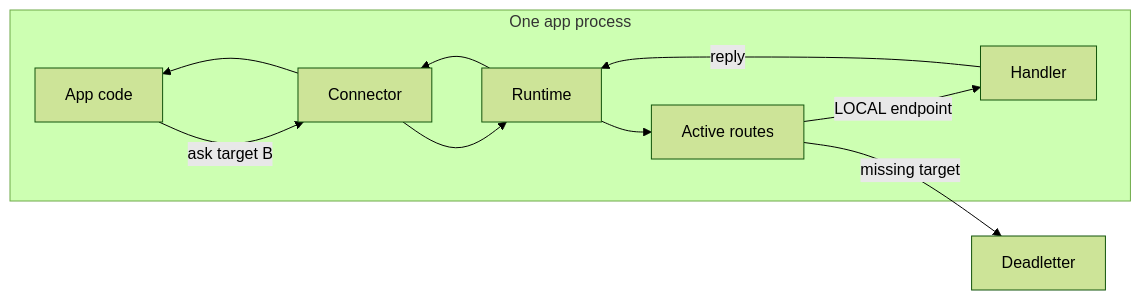
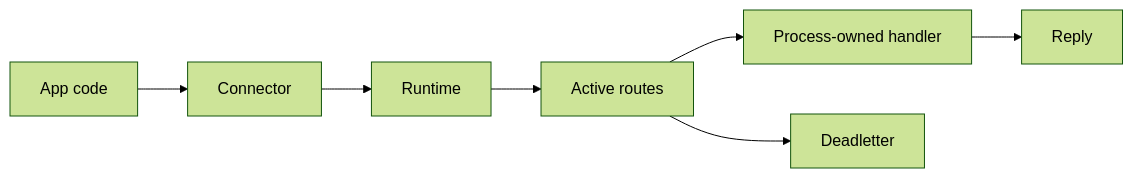
The fourth of 5 diagrams in README.md (phuong-tran/coakka-samples), drawn with Mermaid (forest theme) before and after one commit. The commit also changed other lines of this file, not shown here.

Commit message:
docs: simplify mermaid diagrams for github

````diff
--- a/README.md
+++ b/README.md
@@ -441,21 +441,17 @@
 ```mermaid
 flowchart LR
-    subgraph appHost["One app process"]
-        appA["App code"]
-        connectorA["Connector"]
-        runtimeA["Runtime"]
-        routesA["Active routes"]
-        handlerB["Handler"]
-    end
+    appA["App code"]
+    connectorA["Connector"]
+    runtimeA["Runtime"]
+    routesA["Active routes"]
+    handlerB["Process-owned handler"]
+    replyA["Reply"]
+    deadletterA["Deadletter"]
 
-    deadletter["Deadletter"]
-
-    appA -->|ask target B| connectorA
+    appA --> connectorA
     connectorA --> runtimeA
     runtimeA --> routesA
-    routesA -->|LOCAL endpoint| handlerB
-    routesA -->|missing target| deadletter
-    handlerB -->|reply| runtimeA
-    runtimeA --> connectorA
-    connectorA --> appA
+    routesA --> handlerB
+    handlerB --> replyA
+    routesA --> deadletterA
 ```
````
